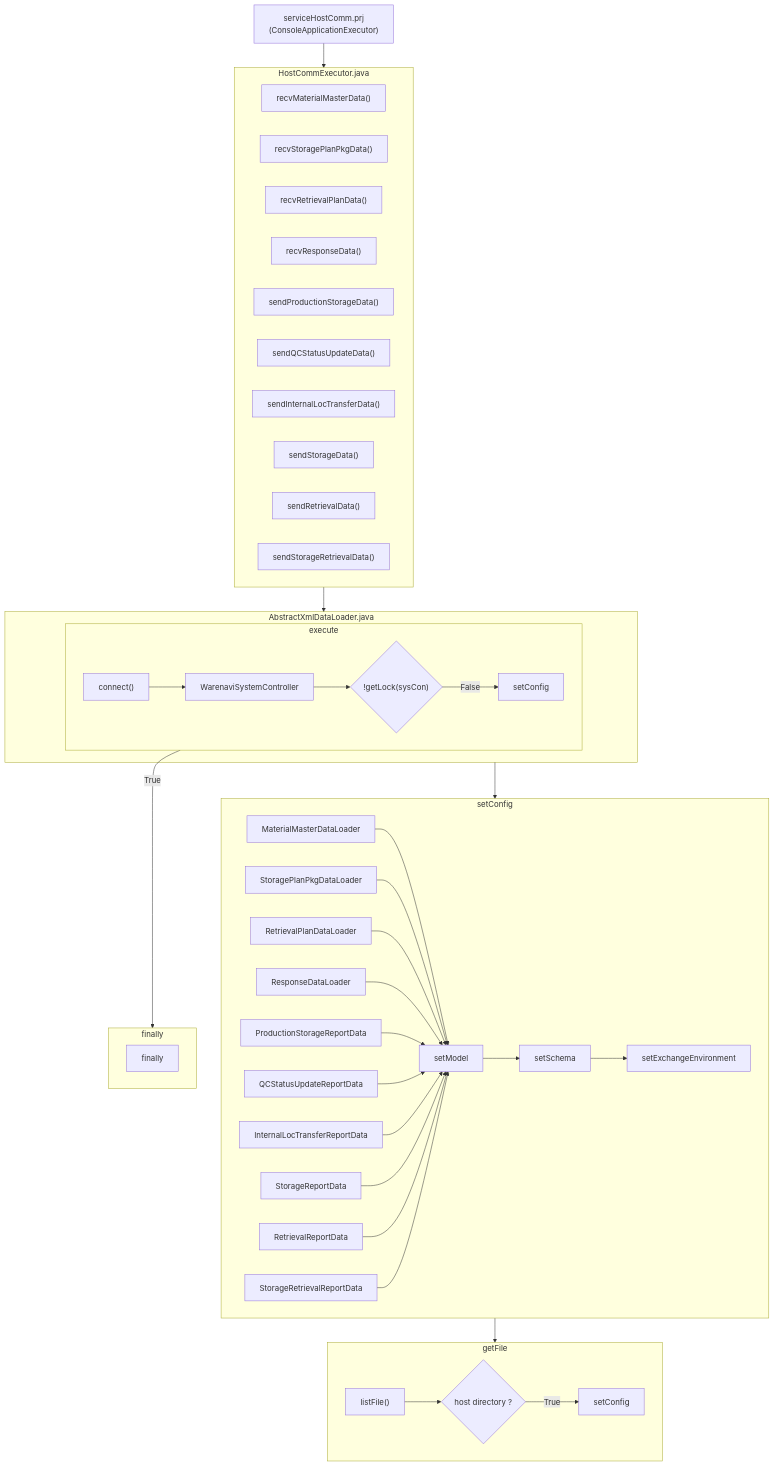
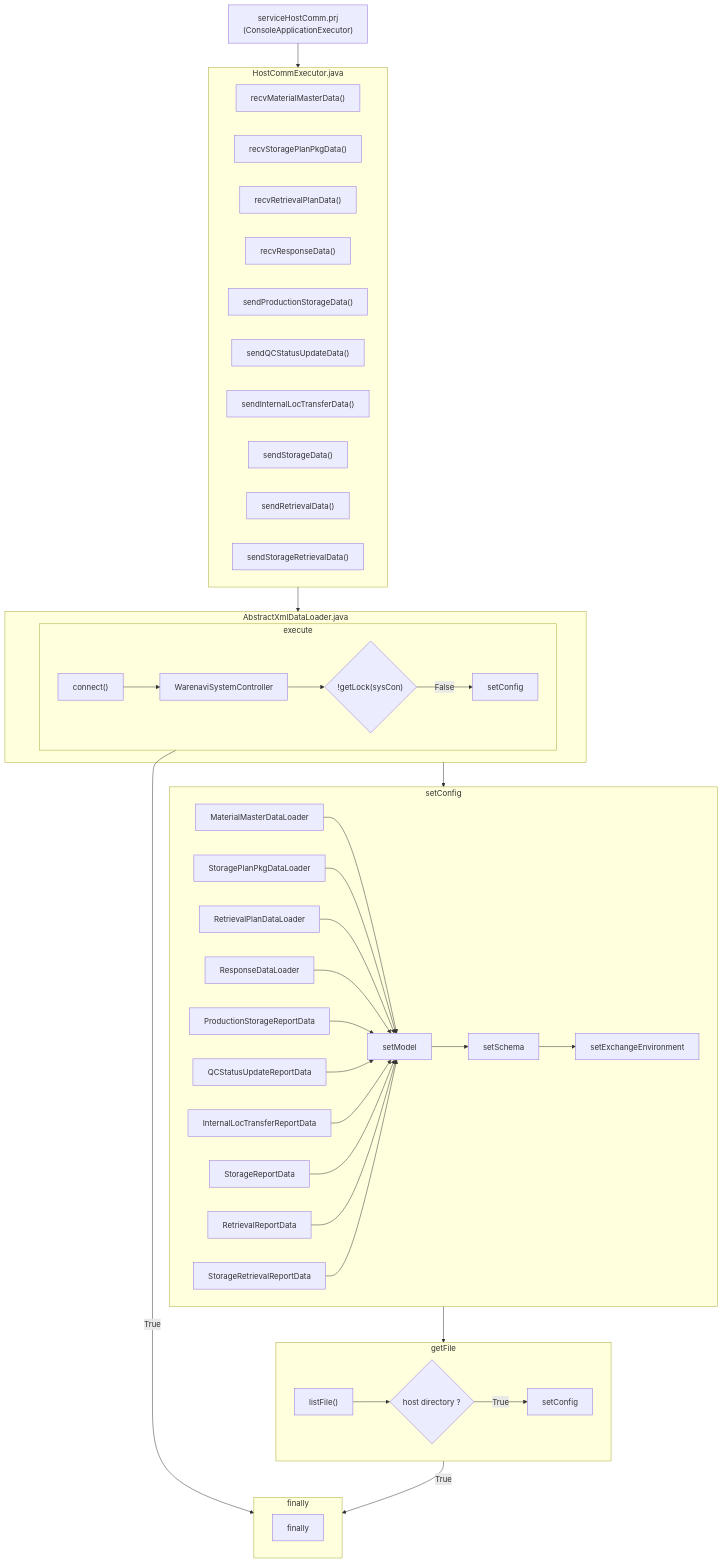
Before and after one commit to luthfiadityaa/SimeDarby-Wiki: the diagram in Basic-Design/Host-Interfaces.md, drawn with Mermaid.

Commit message:
Updated Host Interfaces

```diff
--- a/Basic-Design/Host-Interfaces.md
+++ b/Basic-Design/Host-Interfaces.md
@@ -30,78 +30,79 @@
 ::: mermaid
 flowchart TD
  C1["serviceHostComm.prj<br>(ConsoleApplicationExecutor)"]           
  C1 --> HostCommExecutor.java
  AbstractXmlDataLoader.java
  HostCommExecutor.java --> AbstractXmlDataLoader.java
  AbstractXmlDataLoader.java --> setConfig
  setConfig --> getFile
  execute --> |True| finally
+ getFile --> |True| finally
 
 subgraph HostCommExecutor.java
  C2["recvMaterialMasterData()"]
  C3["recvStoragePlanPkgData()"]
  C4["recvRetrievalPlanData()"]
  C5["recvResponseData()"]
  C6["sendProductionStorageData()"]
  C7["sendQCStatusUpdateData()"]
  C8["sendInternalLocTransferData()"]
  C9["sendStorageData()"]
  C10["sendRetrievalData()"]
  C11["sendStorageRetrievalData()"]
 end
 
 subgraph AbstractXmlDataLoader.java
  execute        
 end
 
 subgraph execute
  C13["connect()"]
  C14["WarenaviSystemController"]
  
  Cond1{"!getLock(sysCon)"} 
 
  C16["setConfig"]
 
  C13 --> C14 --> Cond1
  Cond1 --> |False| C16   
 end
 
 subgraph setConfig
 
  E11["setModel"]
  E12["setSchema"]
  E13["setExchangeEnvironment"]
 
  E11--> E12 --> E13
 
  C21["MaterialMasterDataLoader"] --> E11
  C22["StoragePlanPkgDataLoader"] --> E11
  C23["RetrievalPlanDataLoader"] --> E11
  C24["ResponseDataLoader"] --> E11
  C25["ProductionStorageReportData"] --> E11
  C26["QCStatusUpdateReportData"] --> E11
  C27["InternalLocTransferReportData"] --> E11
  C28["StorageReportData"] --> E11
  C29["RetrievalReportData"] --> E11
  C30["StorageRetrievalReportData"] --> E11
             
 end
 
 subgraph getFile
  C31["listFile()"]    
 
  Cond2{"host directory ?"}   
 
  C32["setConfig"]
 
  C31 --> Cond2
 
 Cond2 --> |True| C32
 
 end
 
 subgraph finally
  C15["finally"]
 end
 
 :::
```
